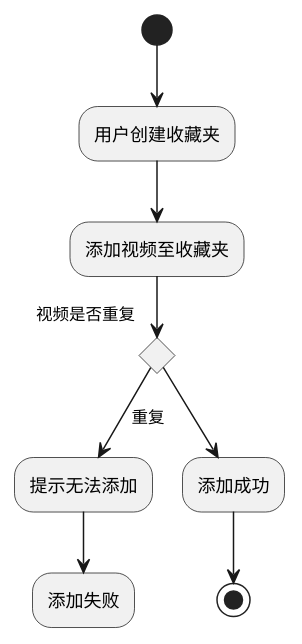
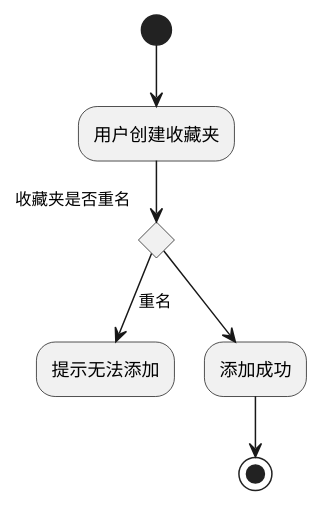
The diagram in src/main/java/com/zte/video/diag/acitvity_favorites.puml (qwerqqwewq/VideoOnline), drawn with PlantUML before and after one commit.

Commit message:
Merge branch 'master' of https://github.com/qwerqqwewq/VideoOnline
# Conflicts:
#	src/main/java/com/zte/video/dao/MessageCommentDao.java

```diff
--- a/src/main/java/com/zte/video/diag/acitvity_favorites.puml
+++ b/src/main/java/com/zte/video/diag/acitvity_favorites.puml
@@ -1,11 +1,9 @@
 @startuml
 (*)  --> "用户创建收藏夹"
-     --> "添加视频至收藏夹"
-If "视频是否重复" then
---> [重复] "提示无法添加"
---> "添加失败"
+If "收藏夹是否重名" then
+--> [重名] "提示无法添加"
 else
 --> "添加成功"
 Endif
 -->(*)
 @enduml
```
